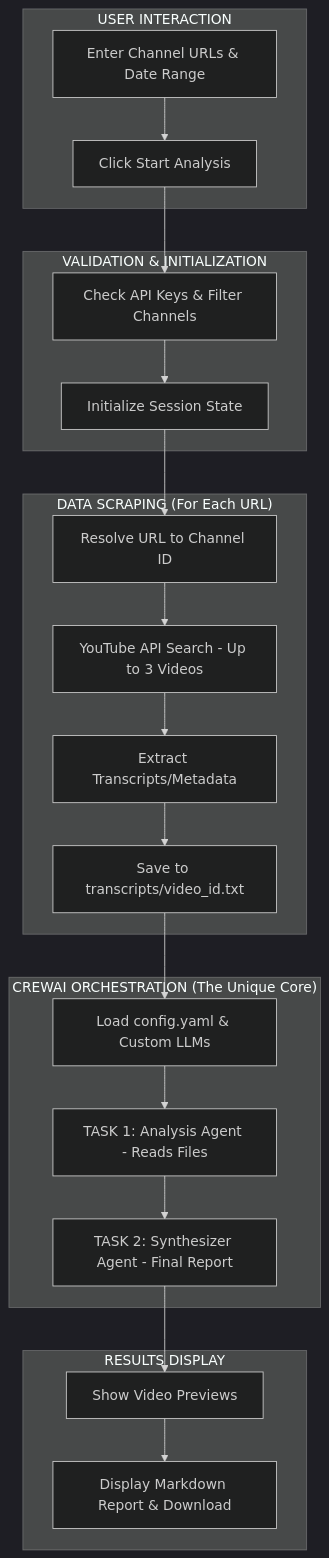
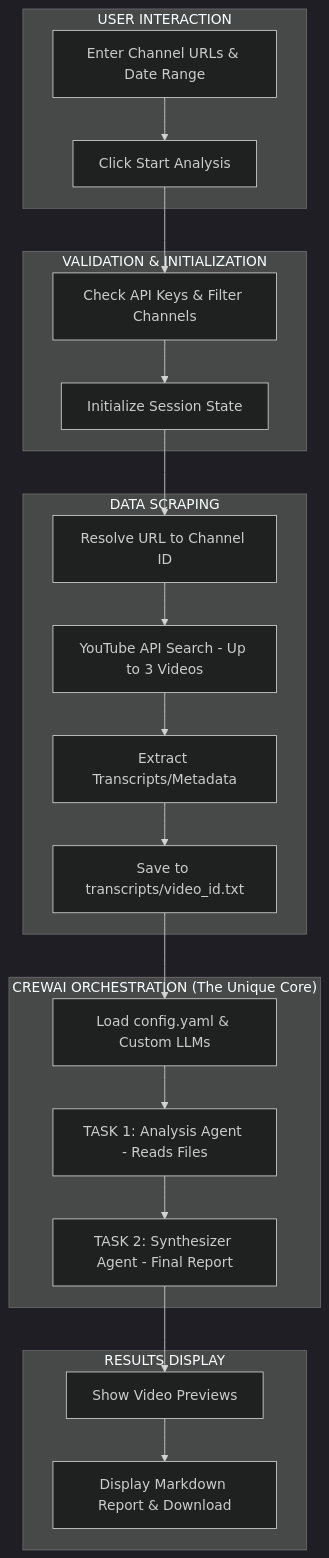
One commit to Addyctive16/-CrewAI-MultiAgent-YouTube-Trend-Analyzer-OpenRouter- changed the diagram in README.md. Above: the diagram before and after it, drawn with Mermaid (dark theme).

````diff
--- a/README.md
+++ b/README.md
@@ -32,29 +32,29 @@
 ```mermaid
 graph TD
     subgraph "USER INTERACTION"
     A[Enter Channel URLs & Date Range] --> B[Click Start Analysis]
     end
 
     subgraph "VALIDATION & INITIALIZATION"
     B --> C[Check API Keys & Filter Channels]
     C --> D[Initialize Session State]
     end
 
-    subgraph "DATA SCRAPING (For Each URL)"
+    subgraph "DATA SCRAPING "
     D --> E[Resolve URL to Channel ID]
     E --> F[YouTube API Search - Up to 3 Videos]
     F --> G[Extract Transcripts/Metadata]
     G --> H[Save to transcripts/video_id.txt]
     end
 
     subgraph "CREWAI ORCHESTRATION (The Unique Core)"
     H --> I[Load config.yaml & Custom LLMs]
     I --> J[TASK 1: Analysis Agent - Reads Files]
     J --> K[TASK 2: Synthesizer Agent - Final Report]
     end
 
     subgraph "RESULTS DISPLAY"
     K --> L[Show Video Previews]
     L --> M[Display Markdown Report & Download]
     end
 ```
````
